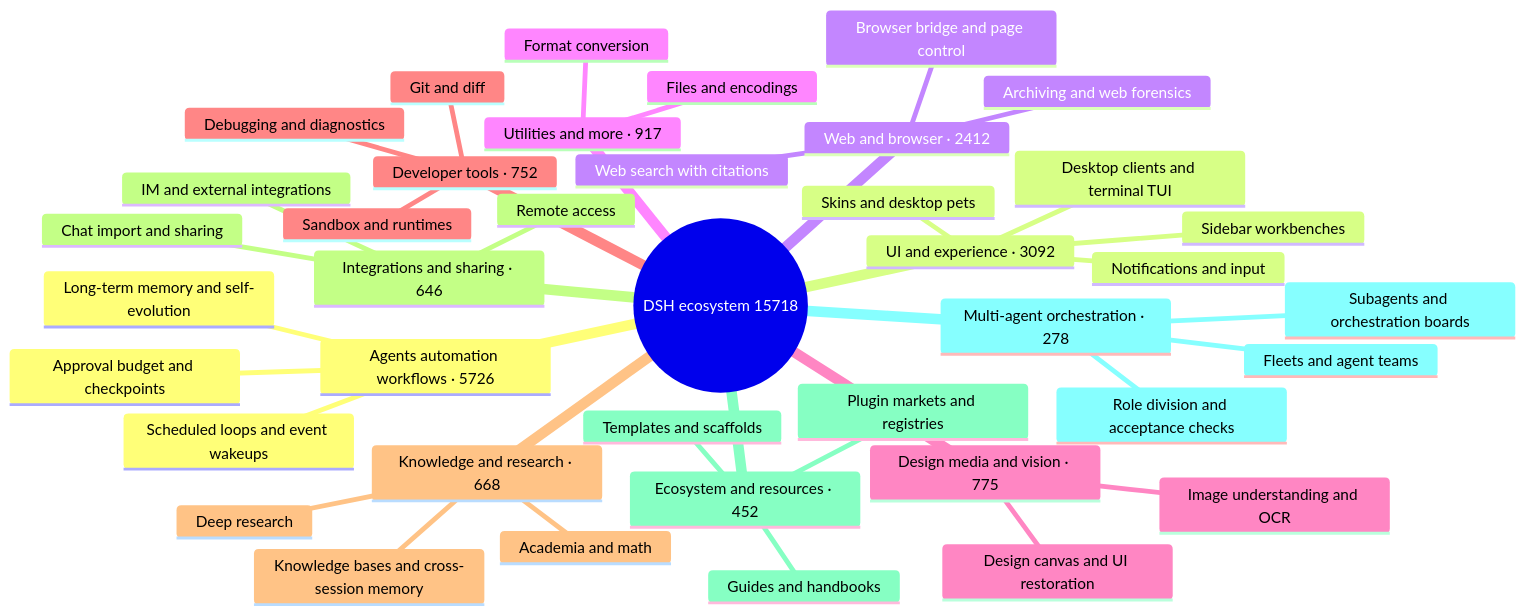
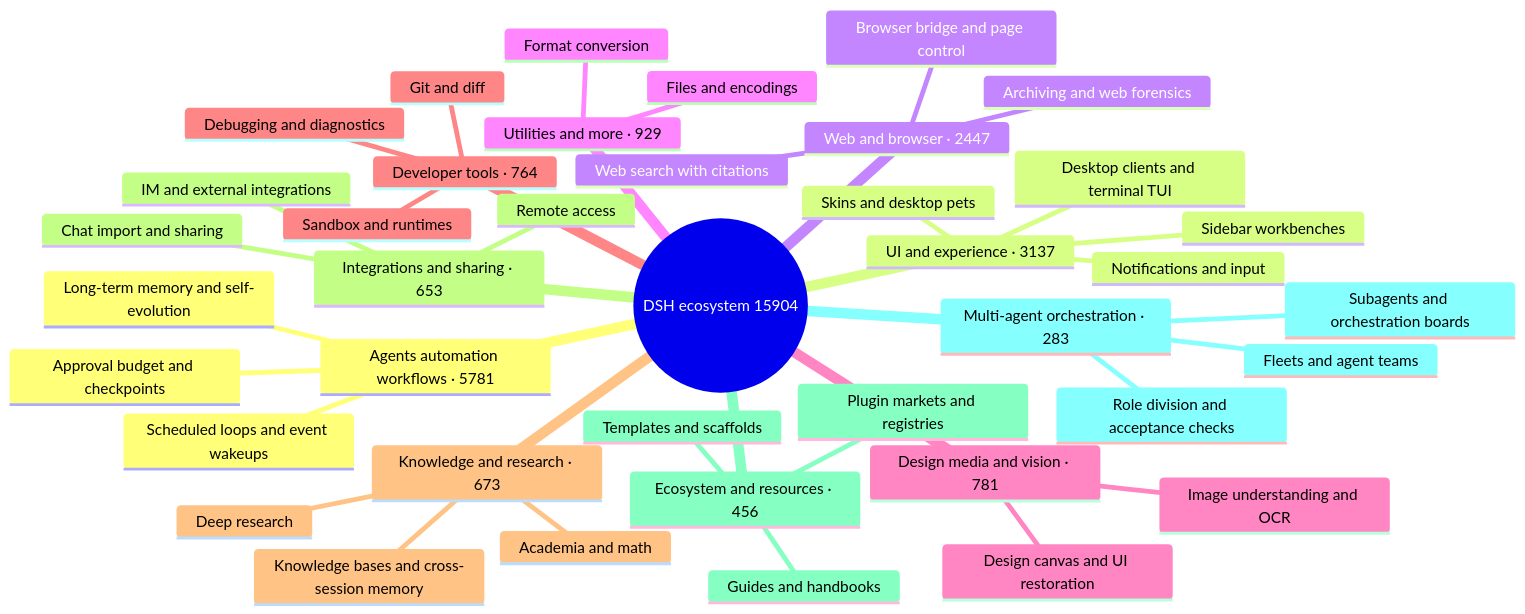
Before and after one commit to bruc3van/awesome-dsh-plugin: the diagram in README_EN.md, drawn with Mermaid. The commit also changed other lines of this file and 22 other files, not shown here.

````diff
--- a/README_EN.md
+++ b/README_EN.md
@@ -16,43 +16,43 @@
 ```mermaid
 mindmap
-  root((DSH ecosystem 15718))
-    Agents automation workflows · 5726
+  root((DSH ecosystem 15904))
+    Agents automation workflows · 5781
       Scheduled loops and event wakeups
       Long-term memory and self-evolution
       Approval budget and checkpoints
-    UI and experience · 3092
+    UI and experience · 3137
       Desktop clients and terminal TUI
       Sidebar workbenches
       Skins and desktop pets
       Notifications and input
-    Web and browser · 2412
+    Web and browser · 2447
       Browser bridge and page control
       Web search with citations
       Archiving and web forensics
-    Utilities and more · 917
+    Utilities and more · 929
       Files and encodings
       Format conversion
-    Design media and vision · 775
+    Design media and vision · 781
       Image understanding and OCR
       Design canvas and UI restoration
-    Developer tools · 752
+    Developer tools · 764
       Git and diff
       Sandbox and runtimes
       Debugging and diagnostics
-    Knowledge and research · 668
+    Knowledge and research · 673
       Knowledge bases and cross-session memory
       Deep research
       Academia and math
-    Integrations and sharing · 646
+    Integrations and sharing · 653
       Chat import and sharing
       Remote access
       IM and external integrations
-    Ecosystem and resources · 452
+    Ecosystem and resources · 456
       Plugin markets and registries
       Templates and scaffolds
       Guides and handbooks
-    Multi-agent orchestration · 278
+    Multi-agent orchestration · 283
       Subagents and orchestration boards
       Fleets and agent teams
       Role division and acceptance checks
 ```
````
